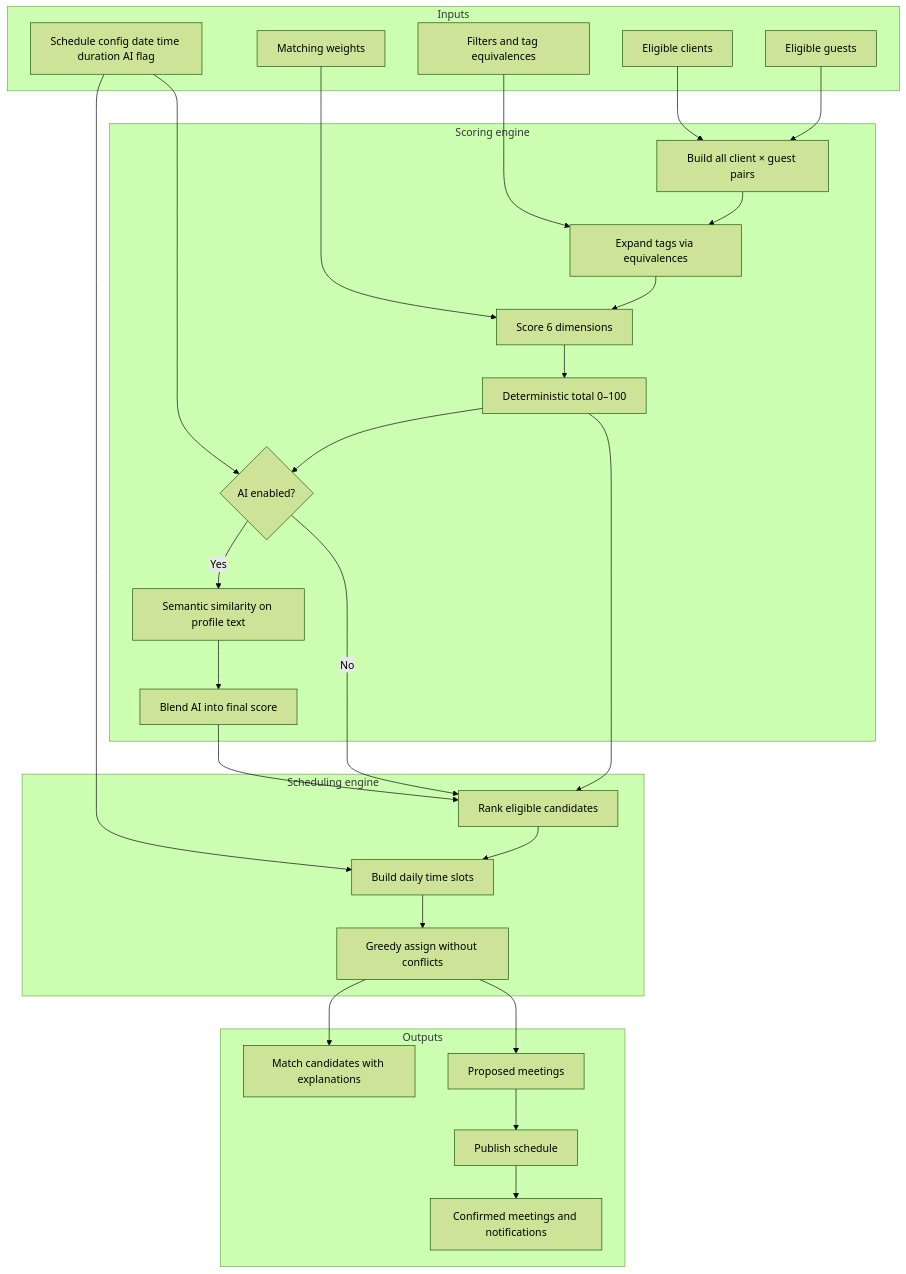
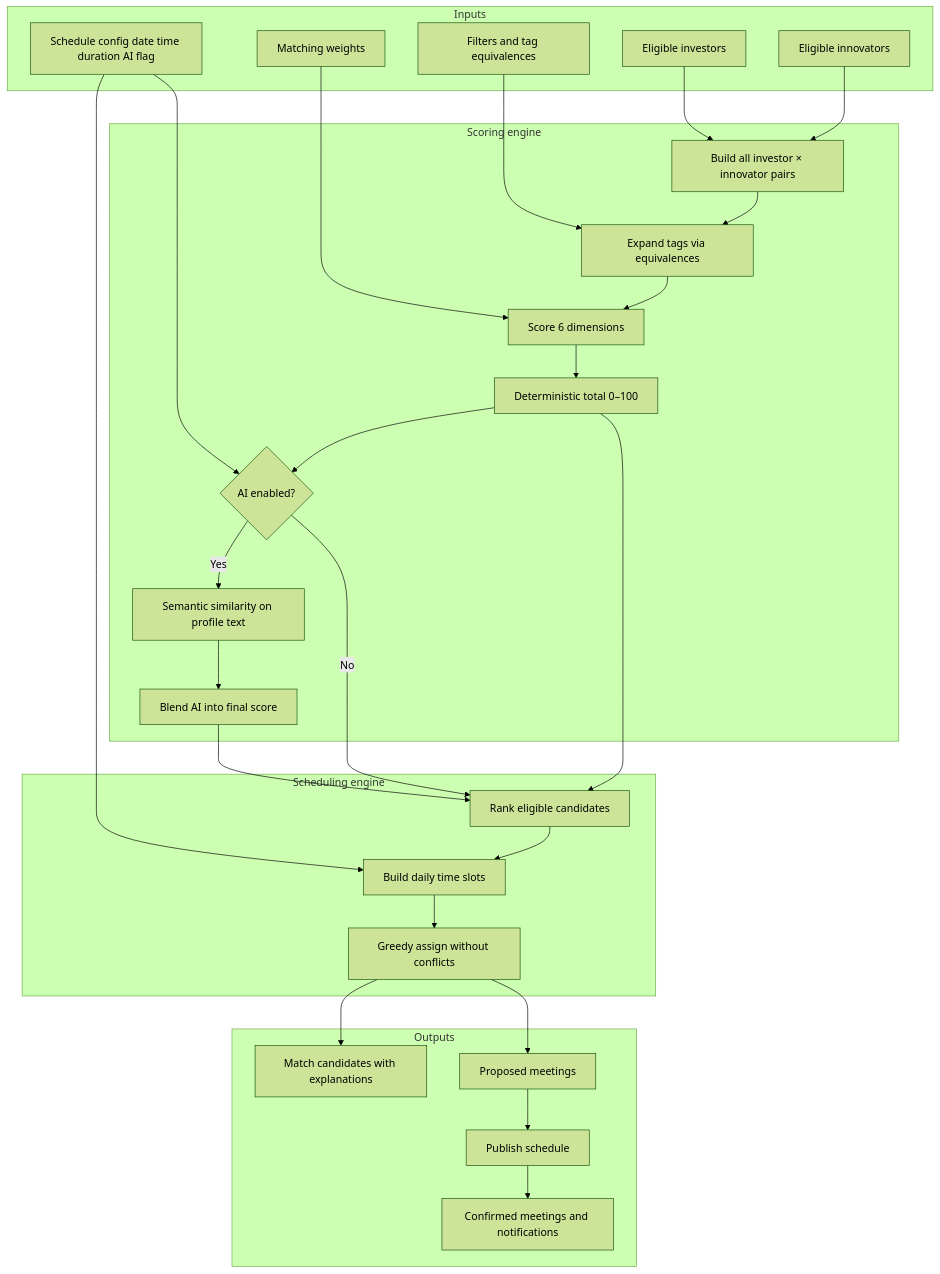
One commit to yashbanerjee/event-matchmaking changed the third of 5 diagrams in docs/SYSTEM_FLOWS.md. Above: the diagram before and after it, drawn with Mermaid (forest theme). The commit also changed other lines of this file and 126 other files, not shown here.

First line of the commit message:
feat: investor–innovator matchmaking, interest-first scheduling, and admin UX

````diff
--- a/docs/SYSTEM_FLOWS.md
+++ b/docs/SYSTEM_FLOWS.md
@@ -237,47 +237,47 @@
 ```mermaid
 flowchart TB
   subgraph inputs [Inputs]
-    Clients[Eligible clients]
-    Guests[Eligible guests]
+    Investors[Eligible investors]
+    Innovators[Eligible innovators]
     Filters[Filters and tag equivalences]
     Weights[Matching weights]
     Config[Schedule config date time duration AI flag]
   end
 
   subgraph scoring [Scoring engine]
-    Pair[Build all client × guest pairs]
+    Pair[Build all investor × innovator pairs]
     Expand[Expand tags via equivalences]
     Dims[Score 6 dimensions]
     Det[Deterministic total 0–100]
     AI{AI enabled?}
     Sem[Semantic similarity on profile text]
     Blend[Blend AI into final score]
   end
 
   subgraph schedule [Scheduling engine]
     Rank[Rank eligible candidates]
     Slots[Build daily time slots]
     Greedy[Greedy assign without conflicts]
   end
 
   subgraph outputs [Outputs]
     Candidates[Match candidates with explanations]
     Proposed[Proposed meetings]
     Publish[Publish schedule]
     Confirmed[Confirmed meetings and notifications]
   end
 
-  Clients --> Pair
-  Guests --> Pair
+  Investors --> Pair
+  Innovators --> Pair
   Filters --> Expand
   Weights --> Dims
   Config --> Slots
   Config --> AI
   Pair --> Expand --> Dims --> Det --> AI
   AI -->|Yes| Sem --> Blend --> Rank
   AI -->|No| Rank
   Det --> Rank
   Rank --> Slots --> Greedy
   Greedy --> Candidates
   Greedy --> Proposed --> Publish --> Confirmed
 ```
````
